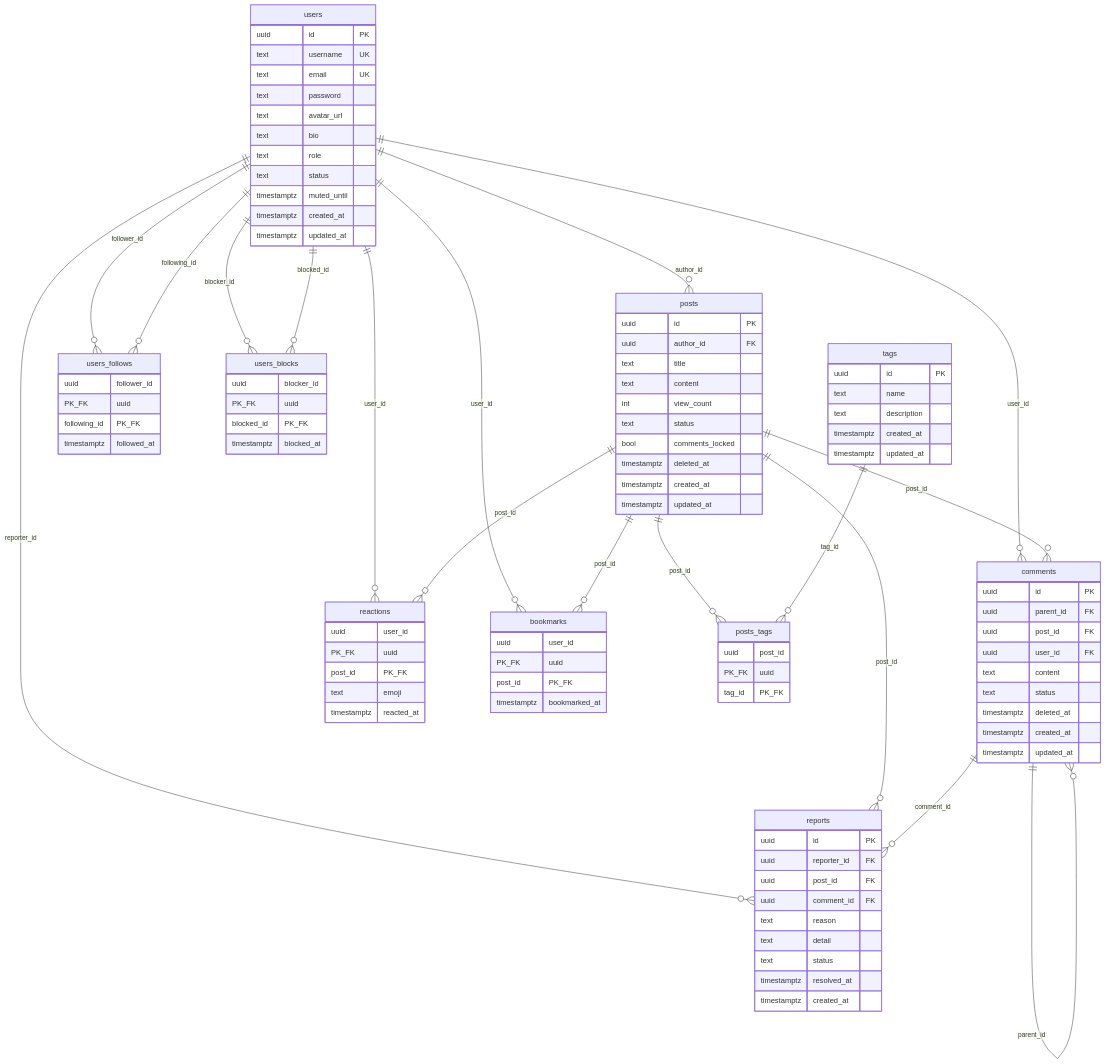
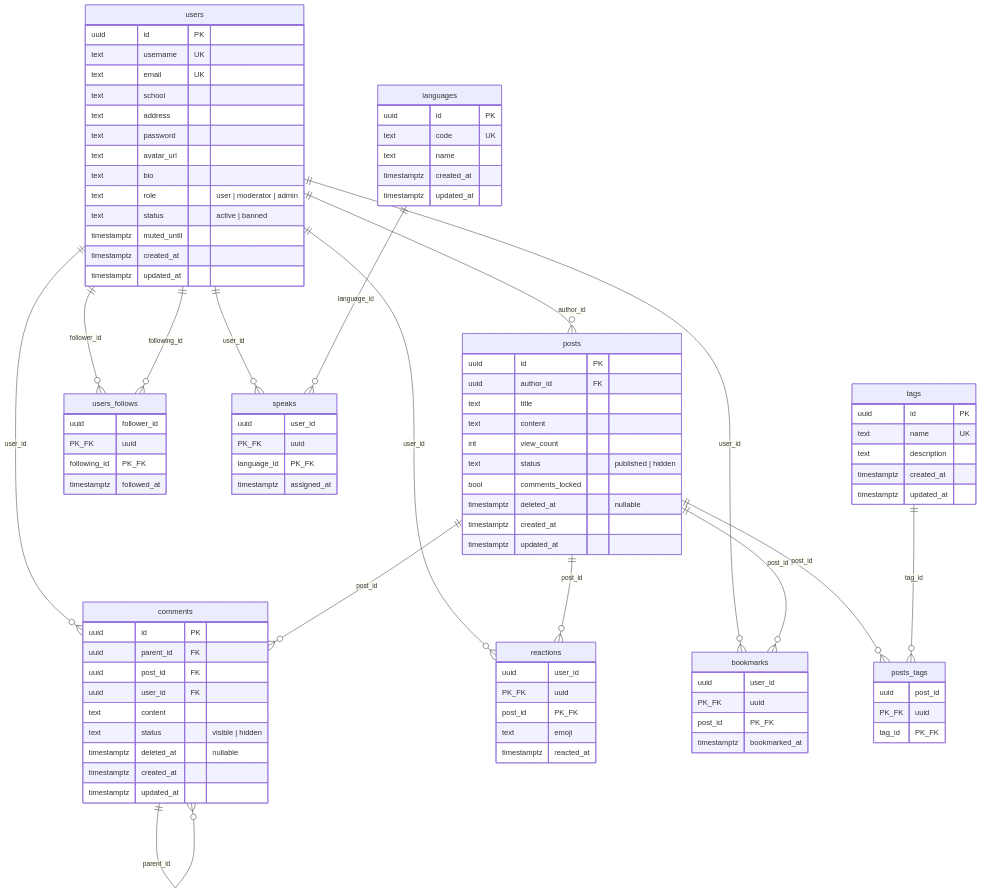
Before and after one commit to CNVN2024-2-Boiz/etsubi: the diagram in docs/src/content/Entities.md, drawn with Mermaid. The commit also changed other lines of this file and 1 other file, not shown here.

Commit message:
update document

````diff
--- a/docs/src/content/Entities.md
+++ b/docs/src/content/Entities.md
@@ -6,111 +6,107 @@
 erDiagram
     users ||--o{ posts : "author_id"
     users ||--o{ comments : "user_id"
-    users ||--o{ reports : "reporter_id"
     users ||--o{ users_follows : "follower_id"
     users ||--o{ users_follows : "following_id"
-    users ||--o{ users_blocks : "blocker_id"
-    users ||--o{ users_blocks : "blocked_id"
     users ||--o{ reactions : "user_id"
     users ||--o{ bookmarks : "user_id"
+    users ||--o{ speaks : "user_id"
 
     posts ||--o{ comments : "post_id"
     posts ||--o{ posts_tags : "post_id"
     posts ||--o{ reactions : "post_id"
     posts ||--o{ bookmarks : "post_id"
-    posts ||--o{ reports : "post_id"
 
     comments ||--o{ comments : "parent_id"
-    comments ||--o{ reports : "comment_id"
 
     tags ||--o{ posts_tags : "tag_id"
 
+    languages ||--o{ speaks : "language_id"
+
     users {
-        uuid id PK
-        text username UK
-        text email UK
-        text password
-        text avatar_url
-        text bio
-        text role
-        text status
+        uuid        id            PK
+        text        username      UK
+        text        email         UK
+        text        school
+        text        address
+        text        password
+        text        avatar_url
+        text        bio
+        text        role          "user | moderator | admin"
+        text        status        "active | banned"
         timestamptz muted_until
         timestamptz created_at
         timestamptz updated_at
     }
 
     posts {
-        uuid id PK
-        uuid author_id FK
-        text title
-        text content
-        int view_count
-        text status
-        bool comments_locked
-        timestamptz deleted_at
+        uuid        id              PK
+        uuid        author_id       FK
+        text        title
+        text        content
+        int         view_count
+        text        status          "published | hidden"
+        bool        comments_locked
+        timestamptz deleted_at      "nullable"
         timestamptz created_at
         timestamptz updated_at
     }
 
     comments {
-        uuid id PK
-        uuid parent_id FK
-        uuid post_id FK
-        uuid user_id FK
-        text content
-        text status
-        timestamptz deleted_at
+        uuid        id            PK
+        uuid        parent_id     FK
+        uuid        post_id       FK
+        uuid        user_id       FK
+        text        content
+        text        status        "visible | hidden"
+        timestamptz deleted_at    "nullable"
         timestamptz created_at
         timestamptz updated_at
     }
 
     tags {
-        uuid id PK
-        text name
-        text description
+        uuid        id            PK
+        text        name          UK
+        text        description
         timestamptz created_at
         timestamptz updated_at
     }
 
     posts_tags {
         uuid post_id PK_FK
-        uuid tag_id PK_FK
+        uuid tag_id  PK_FK
     }
 
     reactions {
-        uuid user_id PK_FK
-        uuid post_id PK_FK
-        text emoji
+        uuid        user_id    PK_FK
+        uuid        post_id    PK_FK
+        text        emoji
         timestamptz reacted_at
     }
 
     bookmarks {
-        uuid user_id PK_FK
-        uuid post_id PK_FK
+        uuid        user_id       PK_FK
+        uuid        post_id       PK_FK
         timestamptz bookmarked_at
     }
 
     users_follows {
-        uuid follower_id PK_FK
-        uuid following_id PK_FK
+        uuid        follower_id   PK_FK
+        uuid        following_id  PK_FK
         timestamptz followed_at
     }
 
-    users_blocks {
-        uuid blocker_id PK_FK
-        uuid blocked_id PK_FK
-        timestamptz blocked_at
+    languages {
+        uuid        id            PK
+        text        code          UK
+        text        name
+        timestamptz created_at
+        timestamptz updated_at
     }
 
-    reports {
-        uuid id PK
-        uuid reporter_id FK
-        uuid post_id FK
-        uuid comment_id FK
-        text reason
-        text detail
-        text status
-        timestamptz resolved_at
-        timestamptz created_at
+    speaks {
+        uuid        user_id       PK_FK
+        uuid        language_id   PK_FK
+        timestamptz assigned_at
     }
 ```
````
